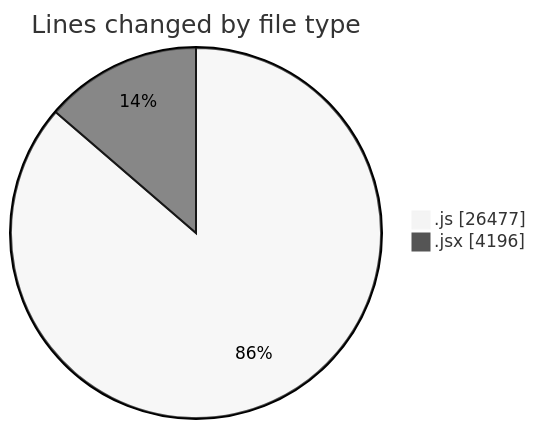
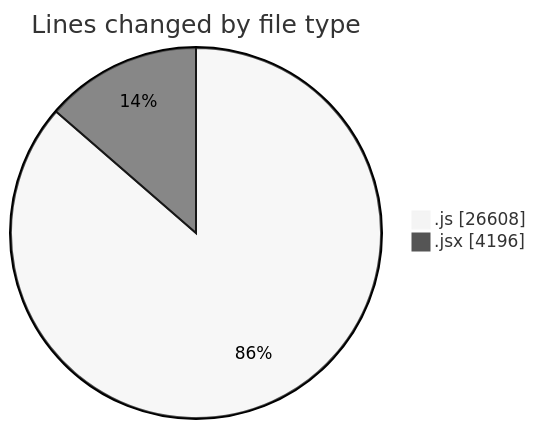
One commit to nxtqubesakshisongat/code-tracking changed the first of 2 diagrams in 2025-09-30/nxtqube_webapp/README.md. Above: the diagram before and after it, drawn with Mermaid (neutral theme). The commit also changed other lines of this file and 1 other file, not shown here.

````diff
--- a/2025-09-30/nxtqube_webapp/README.md
+++ b/2025-09-30/nxtqube_webapp/README.md
@@ -25,6 +25,6 @@
 ```mermaid
 pie showData
 title Lines changed by file type
-".js" : 26477
+".js" : 26608
 ".jsx" : 4196
 ```
````
